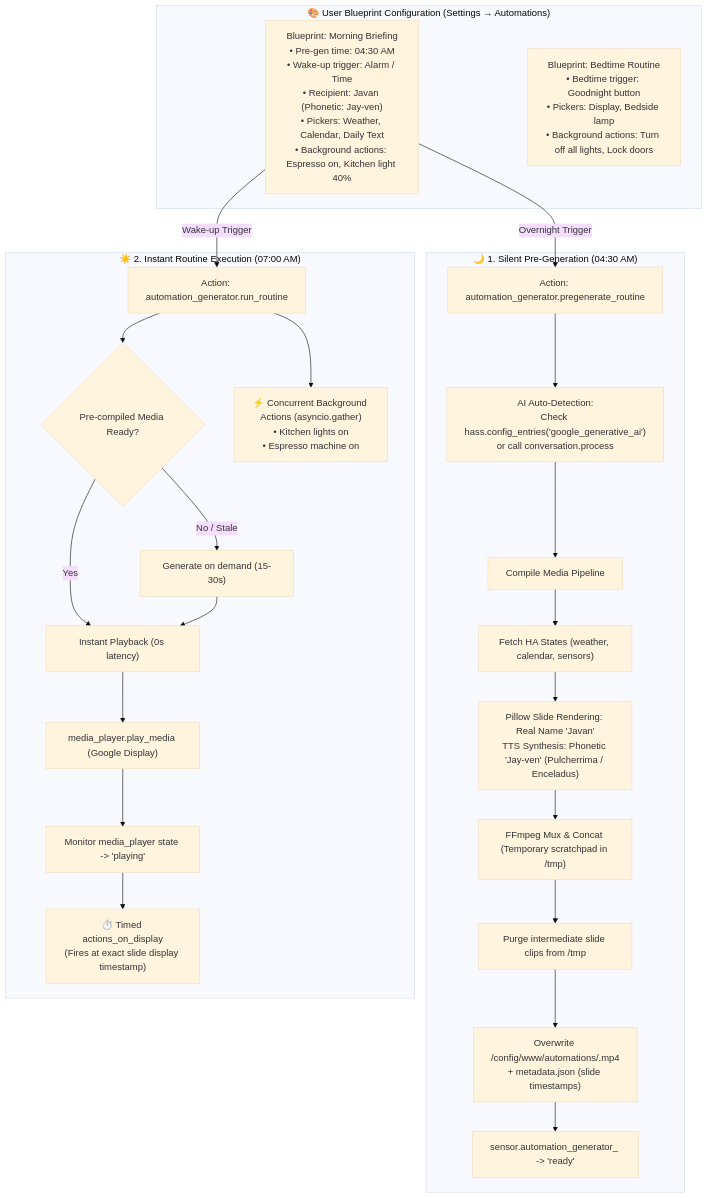
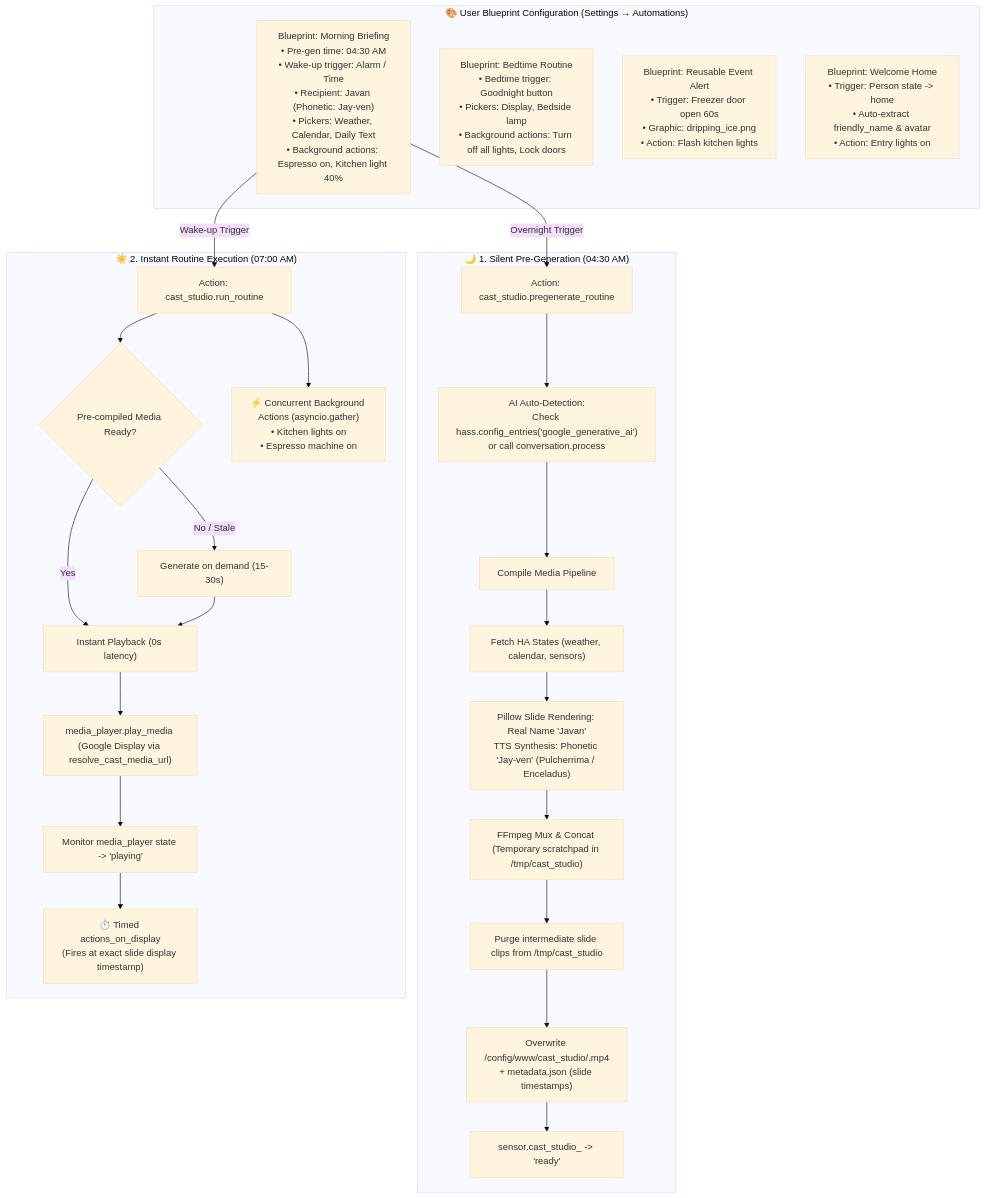
Before and after one commit to javand/ha-cast-studio: the diagram in SPEC.md, drawn with Mermaid (base theme). The commit also changed other lines of this file and 10 other files, not shown here.

Commit message:
docs: finalize CastStudio branding, architecture spec, and brand assets

````diff
--- a/SPEC.md
+++ b/SPEC.md
@@ -34,32 +38,34 @@
 ```mermaid
 flowchart TD
     subgraph UI["🎨 User Blueprint Configuration (Settings → Automations)"]
         BP1["Blueprint: Morning Briefing<br/>• Pre-gen time: 04:30 AM<br/>• Wake-up trigger: Alarm / Time<br/>• Recipient: Javan (Phonetic: Jay-ven)<br/>• Pickers: Weather, Calendar, Daily Text<br/>• Background actions: Espresso on, Kitchen light 40%"]
         BP2["Blueprint: Bedtime Routine<br/>• Bedtime trigger: Goodnight button<br/>• Pickers: Display, Bedside lamp<br/>• Background actions: Turn off all lights, Lock doors"]
+        BP3["Blueprint: Reusable Event Alert<br/>• Trigger: Freezer door open 60s<br/>• Graphic: dripping_ice.png<br/>• Action: Flash kitchen lights"]
+        BP4["Blueprint: Welcome Home<br/>• Trigger: Person state -> home<br/>• Auto-extract friendly_name & avatar<br/>• Action: Entry lights on"]
     end
 
     subgraph Overnight["🌙 1. Silent Pre-Generation (04:30 AM)"]
-        BP1 -->|Overnight Trigger| S1["Action: automation_generator.pregenerate_routine"]
+        BP1 -->|Overnight Trigger| S1["Action: cast_studio.pregenerate_routine"]
         S1 --> AutoAI["AI Auto-Detection:<br/>Check hass.config_entries('google_generative_ai')<br/>or call conversation.process"]
         AutoAI --> Gen["Compile Media Pipeline"]
         Gen --> Data["Fetch HA States (weather, calendar, sensors)"]
         Data --> Render["Pillow Slide Rendering: Real Name 'Javan'<br/>TTS Synthesis: Phonetic 'Jay-ven' (Pulcherrima / Enceladus)"]
-        Render --> Mux["FFmpeg Mux & Concat (Temporary scratchpad in /tmp)"]
-        Mux --> CleanTemp["Purge intermediate slide clips from /tmp"]
-        CleanTemp --> Disk["Overwrite /config/www/automations/<routine>.mp4<br/>+ metadata.json (slide timestamps)"]
-        Disk --> Sensor["sensor.automation_generator_<routine> -> 'ready'"]
+        Render --> Mux["FFmpeg Mux & Concat (Temporary scratchpad in /tmp/cast_studio)"]
+        Mux --> CleanTemp["Purge intermediate slide clips from /tmp/cast_studio"]
+        CleanTemp --> Disk["Overwrite /config/www/cast_studio/<routine>.mp4<br/>+ metadata.json (slide timestamps)"]
+        Disk --> Sensor["sensor.cast_studio_<routine> -> 'ready'"]
     end
 
     subgraph Wakeup["☀️ 2. Instant Routine Execution (07:00 AM)"]
-        BP1 -->|Wake-up Trigger| S2["Action: automation_generator.run_routine"]
+        BP1 -->|Wake-up Trigger| S2["Action: cast_studio.run_routine"]
         S2 --> Check{"Pre-compiled Media Ready?"}
         Check -->|Yes| InstantPlay["Instant Playback (0s latency)"]
         Check -->|No / Stale| GenOnDemand["Generate on demand (15-30s)"] --> InstantPlay
 
         S2 --> Par["⚡ Concurrent Background Actions (asyncio.gather)<br/>• Kitchen lights on<br/>• Espresso machine on"]
         
-        InstantPlay --> Cast["media_player.play_media (Google Display)"]
+        InstantPlay --> Cast["media_player.play_media (Google Display via resolve_cast_media_url)"]
         Cast --> Track["Monitor media_player state -> 'playing'"]
         Track --> TimedActions["⏱️ Timed actions_on_display<br/>(Fires at exact slide display timestamp)"]
     end
 ```
````
